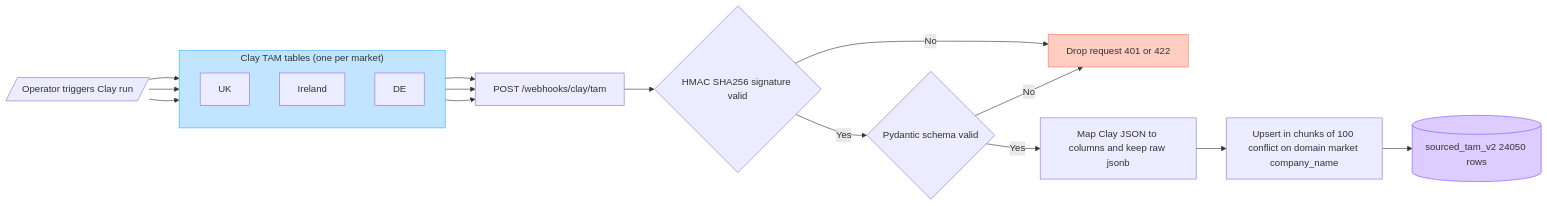
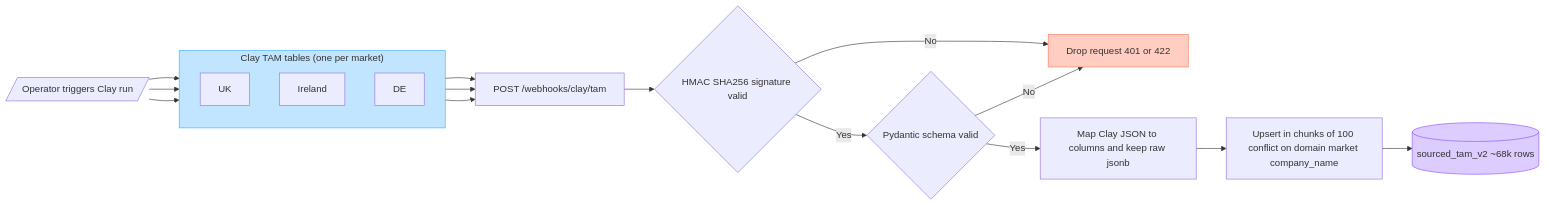
One commit to vikyvignesh16/Outbound-engine changed the second of 8 diagrams in docs/architecture.md. Above: the diagram before and after it, drawn with Mermaid. The commit also changed other lines of this file and 2 other files, not shown here.

First line of the commit message:
docs: reconcile CLAUDE.md, SKILL.md, and architecture.md with actual system state

````diff
--- a/docs/architecture.md
+++ b/docs/architecture.md
@@ -90,37 +97,37 @@
 ```mermaid
 flowchart LR
     operator[/Operator triggers Clay run/]
 
     subgraph clay ["Clay TAM tables (one per market)"]
         direction TB
         clayUK[UK]
         clayIE[Ireland]
         clayDE[DE]
     end
 
     webhook[POST /webhooks/clay/tam]
     sig{HMAC SHA256 signature valid}
     validate{Pydantic schema valid}
     drop[Drop request 401 or 422]
     transform[Map Clay JSON to columns and keep raw jsonb]
     upsert[Upsert in chunks of 100 conflict on domain market company_name]
-    stam[(sourced_tam_v2 24050 rows)]
+    stam[(sourced_tam_v2 ~68k rows)]
 
     operator --> clayUK
     operator --> clayIE
     operator --> clayDE
     clayUK --> webhook
     clayIE --> webhook
     clayDE --> webhook
     webhook --> sig
     sig -->|No| drop
     sig -->|Yes| validate
     validate -->|No| drop
     validate -->|Yes| transform
     transform --> upsert
     upsert --> stam
 
     style clay fill:#C2E5FF,stroke:#3DADFF
     style drop fill:#FFCDC2,stroke:#FF7556
     style stam fill:#DCCCFF,stroke:#874FFF
 ```
````
